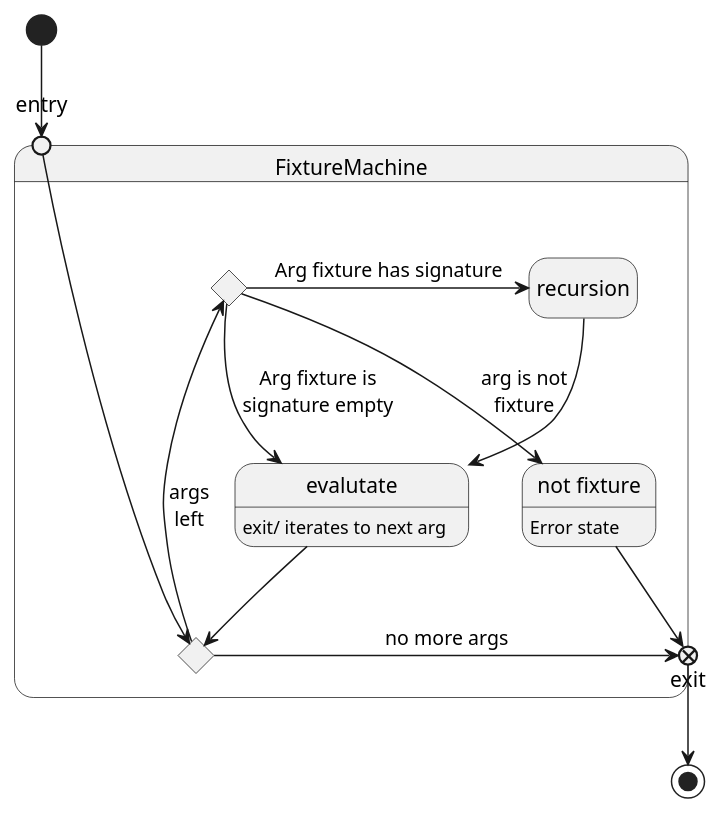
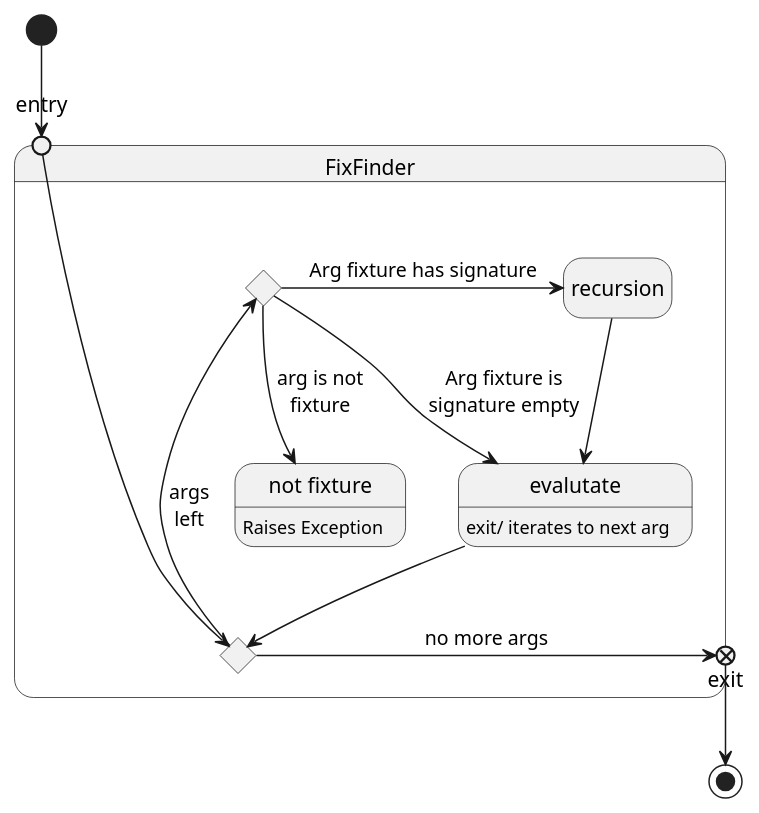
One commit to daplhall/PyFuncPrototypes changed the diagram in docs/diagrams/src/FixtureMachine.puml. Above: the diagram before and after it, drawn with PlantUML. The commit also changed 14 other files, not shown here.

```diff
--- a/docs/diagrams/src/FixtureMachine.puml
+++ b/docs/diagrams/src/FixtureMachine.puml
@@ -1,26 +1,25 @@
 @startuml FixtureCollapser
 top to bottom direction
 hide empty description
 
 
-state FixtureMachine {
+state FixFinder {
     state entry <<entrypoint>>
     state exit <<exitpoint>>
     state c <<choice>>
     state check_for_args <<choice>>
-    state "not fixture" as not_fixture : Error state
+    state "not fixture" as not_fixture : Raises Exception
     state evalutate : exit/ iterates to next arg
     entry --> check_for_args
     check_for_args --> c : args\nleft 
     c -> recursion : Arg fixture has signature
     c -> evalutate : Arg fixture is\nsignature empty
     recursion --> evalutate
     evalutate --> check_for_args
     c --> not_fixture: arg is not\nfixture
-    not_fixture -> exit
     check_for_args -> exit :  no more args
 }
 
 [*] --> entry
 exit --> [*]
 @enduml
```
